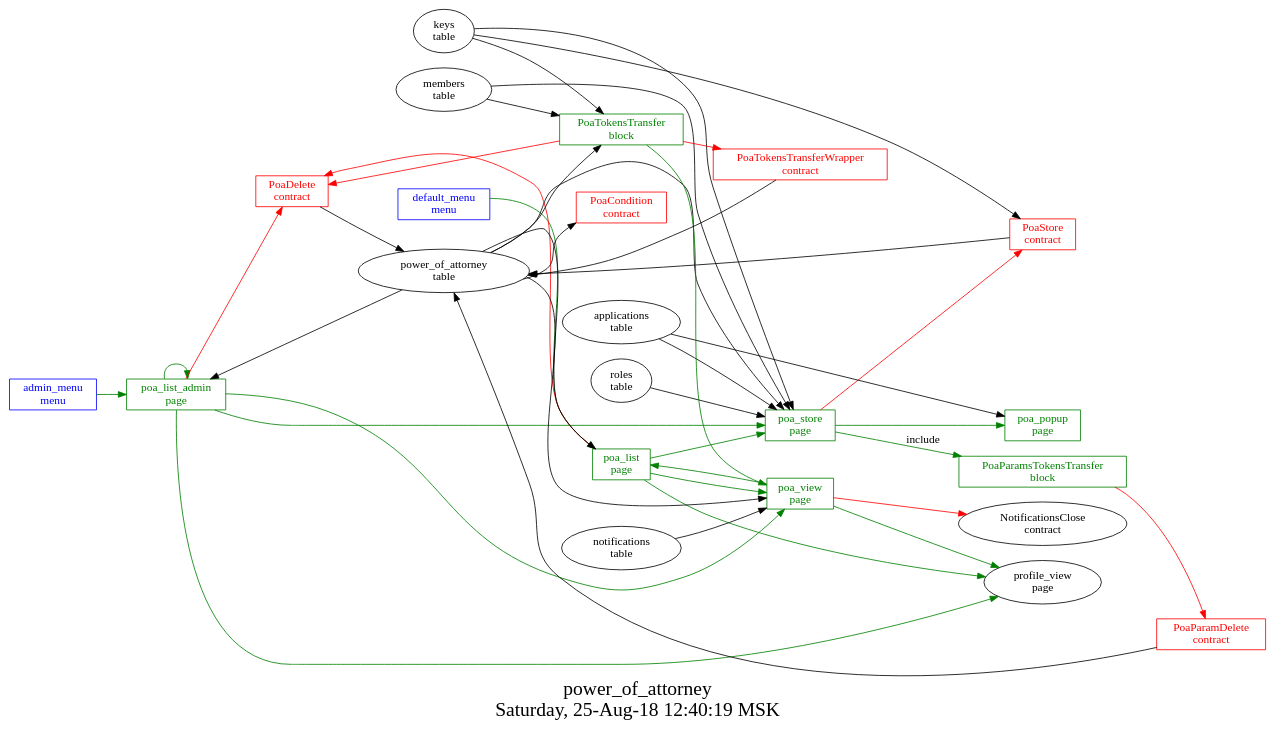
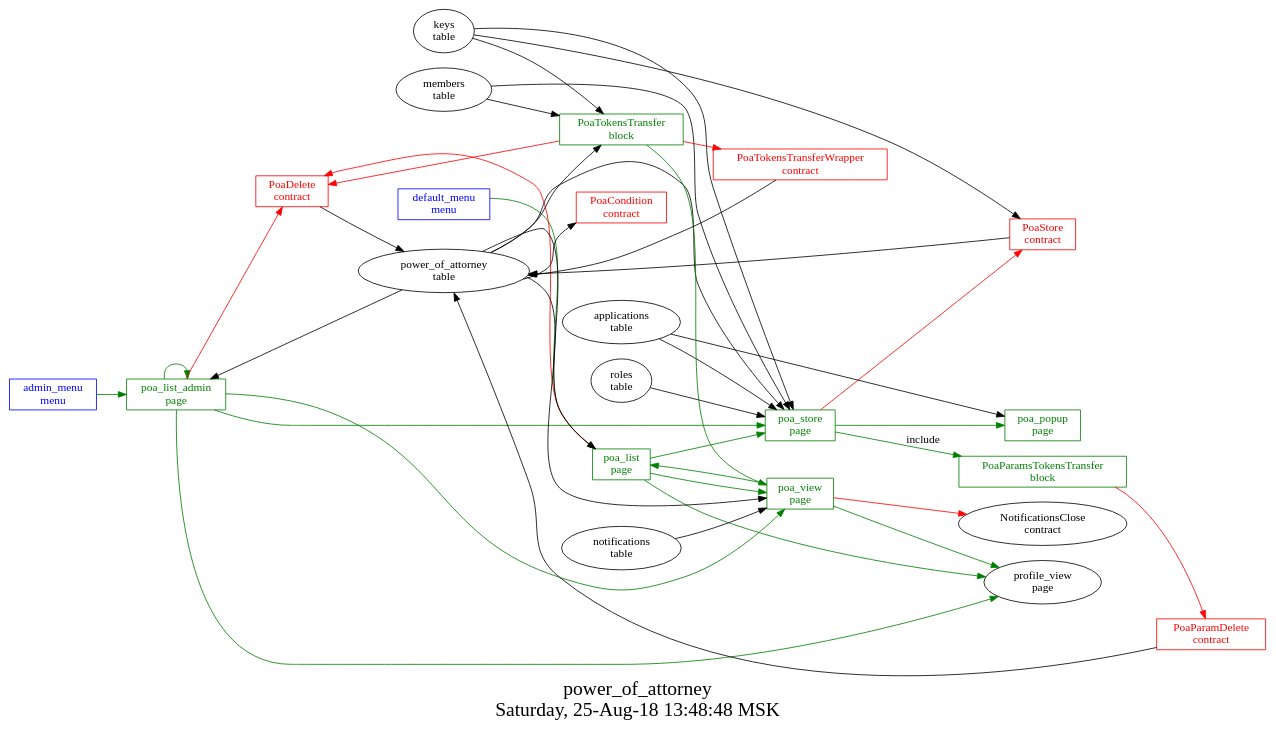
Before and after one commit to AlexZeDim/apps: the diagram in src/power_of_attorney/struct.dot, drawn with Graphviz. The commit also changed 4 other files, not shown here.

```diff
--- a/src/power_of_attorney/struct.dot
+++ b/src/power_of_attorney/struct.dot
@@ -1,65 +1,65 @@
 digraph G {
 graph [
   fontsize="24";
-  label="power_of_attorney\nSaturday, 25-Aug-18 12:40:19 MSK";
+  label="power_of_attorney\nSaturday, 25-Aug-18 13:48:48 MSK";
   nojustify=true;
   ordering=out;
   rankdir=LR;
   size="30";
 ];
 "admin_menu\nmenu" -> "poa_list_admin\npage"  [ color=green ]
 "admin_menu\nmenu" [color=blue, fontcolor=blue, group=menus, shape=record];
 "default_menu\nmenu" -> "poa_list\npage"  [ color=green ]
 "default_menu\nmenu" [color=blue, fontcolor=blue, group=menus, shape=record];
 "poa_list\npage" -> "PoaDelete\ncontract"  [ color=red ]
 "power_of_attorney\ntable" -> "poa_list\npage"
 "poa_list\npage" -> "poa_store\npage"  [ color=green ]
 "poa_list\npage" -> "poa_view\npage"  [ color=green ]
 "poa_list\npage" -> "profile_view\npage"  [ color=green ]
 "poa_list\npage" [color=green, fontcolor=green, group=pages, shape=record];
 "poa_list_admin\npage" -> "PoaDelete\ncontract"  [ color=red ]
 "power_of_attorney\ntable" -> "poa_list_admin\npage"
 "poa_list_admin\npage" -> "poa_view\npage"  [ color=green ]
 "poa_list_admin\npage" -> "poa_store\npage"  [ color=green ]
 "poa_list_admin\npage" -> "profile_view\npage"  [ color=green ]
 "poa_list_admin\npage" -> "poa_list_admin\npage"  [ color=green ]
 "poa_list_admin\npage" [color=green, fontcolor=green, group=pages, shape=record];
 "applications\ntable" -> "poa_popup\npage"
 "poa_popup\npage" [color=green, fontcolor=green, group=pages, shape=record];
 "poa_store\npage" -> "PoaStore\ncontract"  [ color=red ]
 "applications\ntable" -> "poa_store\npage"
 "roles\ntable" -> "poa_store\npage"
 "keys\ntable" -> "poa_store\npage"
 "members\ntable" -> "poa_store\npage"
 "power_of_attorney\ntable" -> "poa_store\npage"
 "poa_store\npage" -> "poa_popup\npage"  [ color=green ]
 "poa_store\npage" -> "PoaParamsTokensTransfer\nblock"  [ color=green, label=include ]
 "poa_store\npage" [color=green, fontcolor=green, group=pages, shape=record];
 "poa_view\npage" -> "NotificationsClose\ncontract"  [ color=red ]
 "notifications\ntable" -> "poa_view\npage"
 "power_of_attorney\ntable" -> "poa_view\npage"
 "poa_view\npage" -> "poa_list\npage"  [ color=green ]
 "poa_view\npage" -> "profile_view\npage"  [ color=green ]
 "poa_view\npage" [color=green, fontcolor=green, group=pages, shape=record];
 "PoaParamsTokensTransfer\nblock" -> "PoaParamDelete\ncontract"  [ color=red ]
 "PoaParamsTokensTransfer\nblock" [color=green, fontcolor=green, group=blocks, shape=record];
 "PoaTokensTransfer\nblock" -> "PoaTokensTransferWrapper\ncontract"  [ color=red ]
 "PoaTokensTransfer\nblock" -> "PoaDelete\ncontract"  [ color=red ]
 "keys\ntable" -> "PoaTokensTransfer\nblock"
 "power_of_attorney\ntable" -> "PoaTokensTransfer\nblock"
 "members\ntable" -> "PoaTokensTransfer\nblock"
 "PoaTokensTransfer\nblock" -> "poa_view\npage"  [ color=green ]
 "PoaTokensTransfer\nblock" [color=green, fontcolor=green, group=blocks, shape=record];
 "power_of_attorney\ntable" -> "PoaCondition\ncontract"
 "PoaCondition\ncontract" [color=red, fontcolor=red, group=contracts, shape=record];
 "PoaDelete\ncontract" -> "power_of_attorney\ntable"  [ color="" ]
 "PoaDelete\ncontract" [color=red, fontcolor=red, group=contracts, shape=record];
 "PoaParamDelete\ncontract" -> "power_of_attorney\ntable"  [ color="" ]
 "PoaParamDelete\ncontract" [color=red, fontcolor=red, group=contracts, shape=record];
 "PoaStore\ncontract" -> "power_of_attorney\ntable"  [ color="" ]
 "keys\ntable" -> "PoaStore\ncontract"
 "PoaStore\ncontract" [color=red, fontcolor=red, group=contracts, shape=record];
 "PoaTokensTransferWrapper\ncontract" -> "power_of_attorney\ntable"  [ color="" ]
 "PoaTokensTransferWrapper\ncontract" [color=red, fontcolor=red, group=contracts, shape=record];
 "power_of_attorney\ntable" [color="", fontcolor="", group=tables, shape=""];
 }
```
